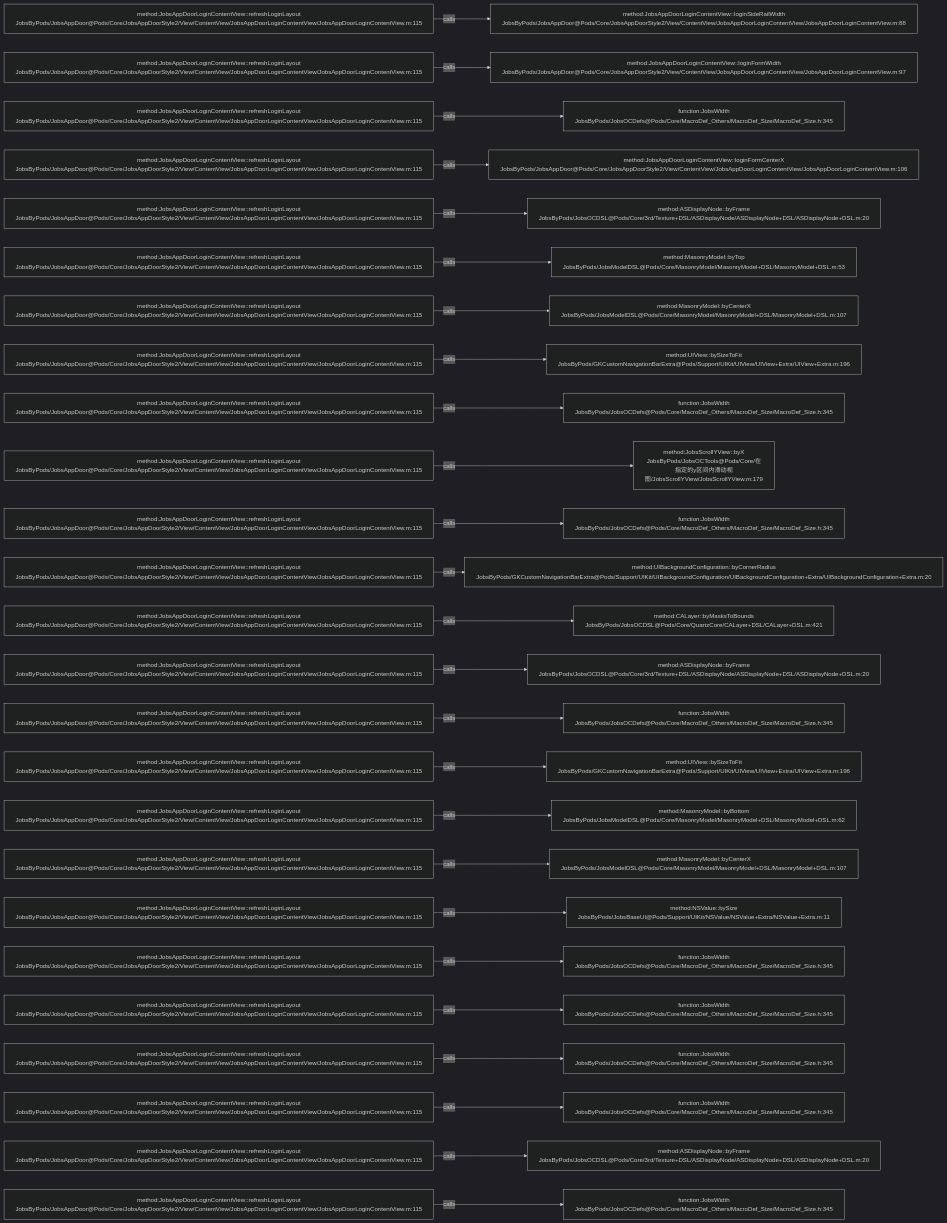
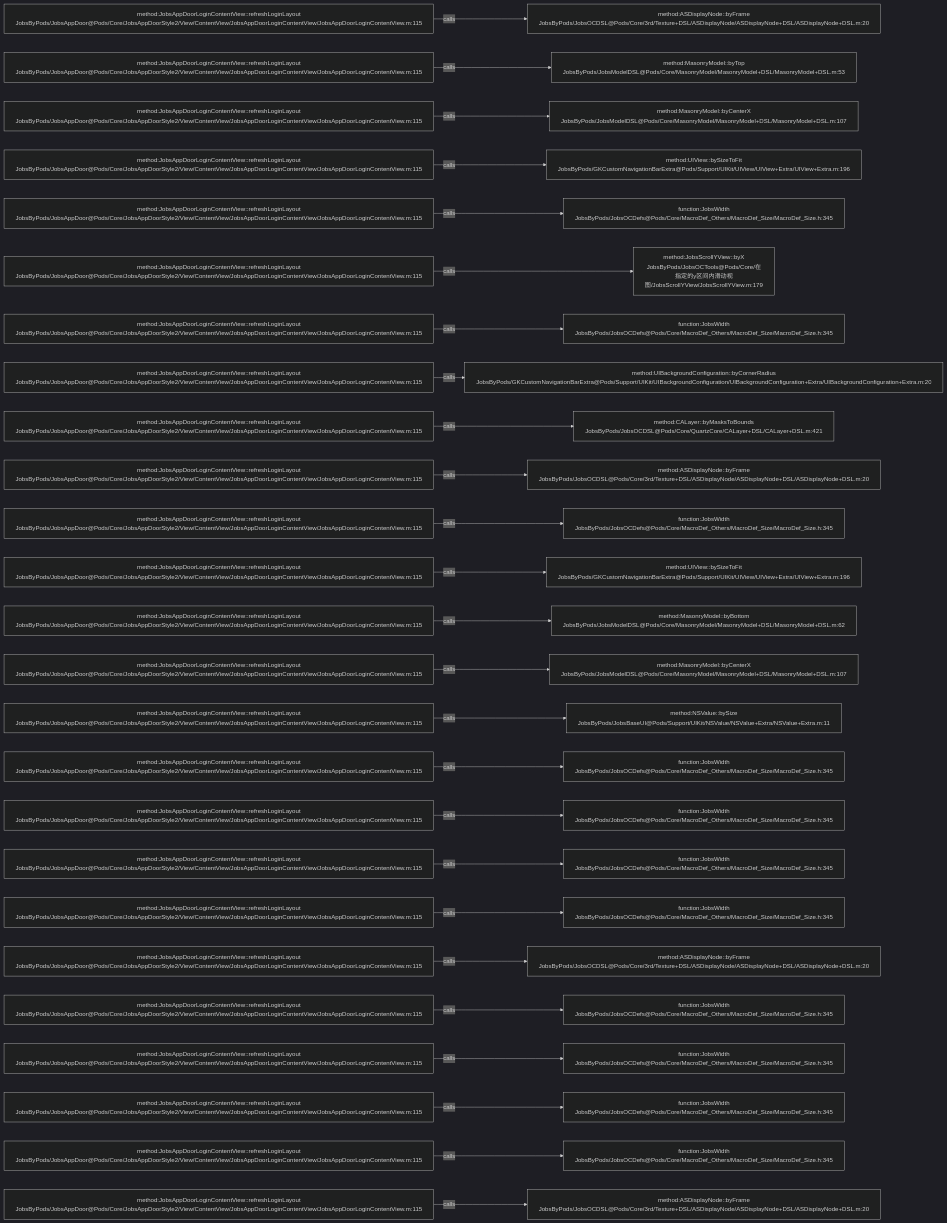
Before and after one commit to JobsKits/JobsOCBaseConfigDemo: the diagram in .codegraph/codegraph.md/graphs/calls-118.md, drawn with Mermaid (dark theme). The commit also changed 116 other files, not shown here.

````diff
--- a/.codegraph/codegraph.md/graphs/calls-118.md
+++ b/.codegraph/codegraph.md/graphs/calls-118.md
@@ -13,78 +13,78 @@
 ```mermaid
 flowchart LR
   S1["method:JobsAppDoorLoginContentView::refreshLoginLayout<br/>JobsByPods/JobsAppDoor@Pods/Core/JobsAppDoorStyle2/View/ContentView/JobsAppDoorLoginContentView/JobsAppDoorLoginContentView.m:115"]
-  T1["method:JobsAppDoorLoginContentView::loginSideRailWidth<br/>JobsByPods/JobsAppDoor@Pods/Core/JobsAppDoorStyle2/View/ContentView/JobsAppDoorLoginContentView/JobsAppDoorLoginContentView.m:88"]
+  T1["method:ASDisplayNode::byFrame<br/>JobsByPods/JobsOCDSL@Pods/Core/3rd/Texture+DSL/ASDisplayNode/ASDisplayNode+DSL/ASDisplayNode+DSL.m:20"]
   S1 -->|calls| T1
   S2["method:JobsAppDoorLoginContentView::refreshLoginLayout<br/>JobsByPods/JobsAppDoor@Pods/Core/JobsAppDoorStyle2/View/ContentView/JobsAppDoorLoginContentView/JobsAppDoorLoginContentView.m:115"]
-  T2["method:JobsAppDoorLoginContentView::loginFormWidth<br/>JobsByPods/JobsAppDoor@Pods/Core/JobsAppDoorStyle2/View/ContentView/JobsAppDoorLoginContentView/JobsAppDoorLoginContentView.m:97"]
+  T2["method:MasonryModel::byTop<br/>JobsByPods/JobsModelDSL@Pods/Core/MasonryModel/MasonryModel+DSL/MasonryModel+DSL.m:53"]
   S2 -->|calls| T2
   S3["method:JobsAppDoorLoginContentView::refreshLoginLayout<br/>JobsByPods/JobsAppDoor@Pods/Core/JobsAppDoorStyle2/View/ContentView/JobsAppDoorLoginContentView/JobsAppDoorLoginContentView.m:115"]
-  T3["function:JobsWidth<br/>JobsByPods/JobsOCDefs@Pods/Core/MacroDef_Others/MacroDef_Size/MacroDef_Size.h:345"]
+  T3["method:MasonryModel::byCenterX<br/>JobsByPods/JobsModelDSL@Pods/Core/MasonryModel/MasonryModel+DSL/MasonryModel+DSL.m:107"]
   S3 -->|calls| T3
   S4["method:JobsAppDoorLoginContentView::refreshLoginLayout<br/>JobsByPods/JobsAppDoor@Pods/Core/JobsAppDoorStyle2/View/ContentView/JobsAppDoorLoginContentView/JobsAppDoorLoginContentView.m:115"]
-  T4["method:JobsAppDoorLoginContentView::loginFormCenterX<br/>JobsByPods/JobsAppDoor@Pods/Core/JobsAppDoorStyle2/View/ContentView/JobsAppDoorLoginContentView/JobsAppDoorLoginContentView.m:106"]
+  T4["method:UIView::bySizeToFit<br/>JobsByPods/GKCustomNavigationBarExtra@Pods/Support/UIKit/UIView/UIView+Extra/UIView+Extra.m:196"]
   S4 -->|calls| T4
   S5["method:JobsAppDoorLoginContentView::refreshLoginLayout<br/>JobsByPods/JobsAppDoor@Pods/Core/JobsAppDoorStyle2/View/ContentView/JobsAppDoorLoginContentView/JobsAppDoorLoginContentView.m:115"]
-  T5["method:ASDisplayNode::byFrame<br/>JobsByPods/JobsOCDSL@Pods/Core/3rd/Texture+DSL/ASDisplayNode/ASDisplayNode+DSL/ASDisplayNode+DSL.m:20"]
+  T5["function:JobsWidth<br/>JobsByPods/JobsOCDefs@Pods/Core/MacroDef_Others/MacroDef_Size/MacroDef_Size.h:345"]
   S5 -->|calls| T5
   S6["method:JobsAppDoorLoginContentView::refreshLoginLayout<br/>JobsByPods/JobsAppDoor@Pods/Core/JobsAppDoorStyle2/View/ContentView/JobsAppDoorLoginContentView/JobsAppDoorLoginContentView.m:115"]
-  T6["method:MasonryModel::byTop<br/>JobsByPods/JobsModelDSL@Pods/Core/MasonryModel/MasonryModel+DSL/MasonryModel+DSL.m:53"]
+  T6["method:JobsScrollYView::byX<br/>JobsByPods/JobsOCTools@Pods/Core/在指定的y区间内滑动视图/JobsScrollYView/JobsScrollYView.m:179"]
   S6 -->|calls| T6
   S7["method:JobsAppDoorLoginContentView::refreshLoginLayout<br/>JobsByPods/JobsAppDoor@Pods/Core/JobsAppDoorStyle2/View/ContentView/JobsAppDoorLoginContentView/JobsAppDoorLoginContentView.m:115"]
-  T7["method:MasonryModel::byCenterX<br/>JobsByPods/JobsModelDSL@Pods/Core/MasonryModel/MasonryModel+DSL/MasonryModel+DSL.m:107"]
+  T7["function:JobsWidth<br/>JobsByPods/JobsOCDefs@Pods/Core/MacroDef_Others/MacroDef_Size/MacroDef_Size.h:345"]
   S7 -->|calls| T7
   S8["method:JobsAppDoorLoginContentView::refreshLoginLayout<br/>JobsByPods/JobsAppDoor@Pods/Core/JobsAppDoorStyle2/View/ContentView/JobsAppDoorLoginContentView/JobsAppDoorLoginContentView.m:115"]
-  T8["method:UIView::bySizeToFit<br/>JobsByPods/GKCustomNavigationBarExtra@Pods/Support/UIKit/UIView/UIView+Extra/UIView+Extra.m:196"]
+  T8["method:UIBackgroundConfiguration::byCornerRadius<br/>JobsByPods/GKCustomNavigationBarExtra@Pods/Support/UIKit/UIBackgroundConfiguration/UIBackgroundConfiguration+Extra/UIBackgroundConfiguration+Extra.m:20"]
   S8 -->|calls| T8
   S9["method:JobsAppDoorLoginContentView::refreshLoginLayout<br/>JobsByPods/JobsAppDoor@Pods/Core/JobsAppDoorStyle2/View/ContentView/JobsAppDoorLoginContentView/JobsAppDoorLoginContentView.m:115"]
-  T9["function:JobsWidth<br/>JobsByPods/JobsOCDefs@Pods/Core/MacroDef_Others/MacroDef_Size/MacroDef_Size.h:345"]
+  T9["method:CALayer::byMasksToBounds<br/>JobsByPods/JobsOCDSL@Pods/Core/QuartzCore/CALayer+DSL/CALayer+DSL.m:421"]
   S9 -->|calls| T9
   S10["method:JobsAppDoorLoginContentView::refreshLoginLayout<br/>JobsByPods/JobsAppDoor@Pods/Core/JobsAppDoorStyle2/View/ContentView/JobsAppDoorLoginContentView/JobsAppDoorLoginContentView.m:115"]
-  T10["method:JobsScrollYView::byX<br/>JobsByPods/JobsOCTools@Pods/Core/在指定的y区间内滑动视图/JobsScrollYView/JobsScrollYView.m:179"]
+  T10["method:ASDisplayNode::byFrame<br/>JobsByPods/JobsOCDSL@Pods/Core/3rd/Texture+DSL/ASDisplayNode/ASDisplayNode+DSL/ASDisplayNode+DSL.m:20"]
   S10 -->|calls| T10
   S11["method:JobsAppDoorLoginContentView::refreshLoginLayout<br/>JobsByPods/JobsAppDoor@Pods/Core/JobsAppDoorStyle2/View/ContentView/JobsAppDoorLoginContentView/JobsAppDoorLoginContentView.m:115"]
   T11["function:JobsWidth<br/>JobsByPods/JobsOCDefs@Pods/Core/MacroDef_Others/MacroDef_Size/MacroDef_Size.h:345"]
   S11 -->|calls| T11
   S12["method:JobsAppDoorLoginContentView::refreshLoginLayout<br/>JobsByPods/JobsAppDoor@Pods/Core/JobsAppDoorStyle2/View/ContentView/JobsAppDoorLoginContentView/JobsAppDoorLoginContentView.m:115"]
-  T12["method:UIBackgroundConfiguration::byCornerRadius<br/>JobsByPods/GKCustomNavigationBarExtra@Pods/Support/UIKit/UIBackgroundConfiguration/UIBackgroundConfiguration+Extra/UIBackgroundConfiguration+Extra.m:20"]
+  T12["method:UIView::bySizeToFit<br/>JobsByPods/GKCustomNavigationBarExtra@Pods/Support/UIKit/UIView/UIView+Extra/UIView+Extra.m:196"]
   S12 -->|calls| T12
   S13["method:JobsAppDoorLoginContentView::refreshLoginLayout<br/>JobsByPods/JobsAppDoor@Pods/Core/JobsAppDoorStyle2/View/ContentView/JobsAppDoorLoginContentView/JobsAppDoorLoginContentView.m:115"]
-  T13["method:CALayer::byMasksToBounds<br/>JobsByPods/JobsOCDSL@Pods/Core/QuartzCore/CALayer+DSL/CALayer+DSL.m:421"]
+  T13["method:MasonryModel::byBottom<br/>JobsByPods/JobsModelDSL@Pods/Core/MasonryModel/MasonryModel+DSL/MasonryModel+DSL.m:62"]
   S13 -->|calls| T13
   S14["method:JobsAppDoorLoginContentView::refreshLoginLayout<br/>JobsByPods/JobsAppDoor@Pods/Core/JobsAppDoorStyle2/View/ContentView/JobsAppDoorLoginContentView/JobsAppDoorLoginContentView.m:115"]
-  T14["method:ASDisplayNode::byFrame<br/>JobsByPods/JobsOCDSL@Pods/Core/3rd/Texture+DSL/ASDisplayNode/ASDisplayNode+DSL/ASDisplayNode+DSL.m:20"]
+  T14["method:MasonryModel::byCenterX<br/>JobsByPods/JobsModelDSL@Pods/Core/MasonryModel/MasonryModel+DSL/MasonryModel+DSL.m:107"]
   S14 -->|calls| T14
   S15["method:JobsAppDoorLoginContentView::refreshLoginLayout<br/>JobsByPods/JobsAppDoor@Pods/Core/JobsAppDoorStyle2/View/ContentView/JobsAppDoorLoginContentView/JobsAppDoorLoginContentView.m:115"]
-  T15["function:JobsWidth<br/>JobsByPods/JobsOCDefs@Pods/Core/MacroDef_Others/MacroDef_Size/MacroDef_Size.h:345"]
+  T15["method:NSValue::bySize<br/>JobsByPods/JobsBaseUI@Pods/Support/UIKit/NSValue/NSValue+Extra/NSValue+Extra.m:11"]
   S15 -->|calls| T15
   S16["method:JobsAppDoorLoginContentView::refreshLoginLayout<br/>JobsByPods/JobsAppDoor@Pods/Core/JobsAppDoorStyle2/View/ContentView/JobsAppDoorLoginContentView/JobsAppDoorLoginContentView.m:115"]
-  T16["method:UIView::bySizeToFit<br/>JobsByPods/GKCustomNavigationBarExtra@Pods/Support/UIKit/UIView/UIView+Extra/UIView+Extra.m:196"]
+  T16["function:JobsWidth<br/>JobsByPods/JobsOCDefs@Pods/Core/MacroDef_Others/MacroDef_Size/MacroDef_Size.h:345"]
   S16 -->|calls| T16
   S17["method:JobsAppDoorLoginContentView::refreshLoginLayout<br/>JobsByPods/JobsAppDoor@Pods/Core/JobsAppDoorStyle2/View/ContentView/JobsAppDoorLoginContentView/JobsAppDoorLoginContentView.m:115"]
-  T17["method:MasonryModel::byBottom<br/>JobsByPods/JobsModelDSL@Pods/Core/MasonryModel/MasonryModel+DSL/MasonryModel+DSL.m:62"]
+  T17["function:JobsWidth<br/>JobsByPods/JobsOCDefs@Pods/Core/MacroDef_Others/MacroDef_Size/MacroDef_Size.h:345"]
   S17 -->|calls| T17
   S18["method:JobsAppDoorLoginContentView::refreshLoginLayout<br/>JobsByPods/JobsAppDoor@Pods/Core/JobsAppDoorStyle2/View/ContentView/JobsAppDoorLoginContentView/JobsAppDoorLoginContentView.m:115"]
-  T18["method:MasonryModel::byCenterX<br/>JobsByPods/JobsModelDSL@Pods/Core/MasonryModel/MasonryModel+DSL/MasonryModel+DSL.m:107"]
+  T18["function:JobsWidth<br/>JobsByPods/JobsOCDefs@Pods/Core/MacroDef_Others/MacroDef_Size/MacroDef_Size.h:345"]
   S18 -->|calls| T18
   S19["method:JobsAppDoorLoginContentView::refreshLoginLayout<br/>JobsByPods/JobsAppDoor@Pods/Core/JobsAppDoorStyle2/View/ContentView/JobsAppDoorLoginContentView/JobsAppDoorLoginContentView.m:115"]
-  T19["method:NSValue::bySize<br/>JobsByPods/JobsBaseUI@Pods/Support/UIKit/NSValue/NSValue+Extra/NSValue+Extra.m:11"]
+  T19["function:JobsWidth<br/>JobsByPods/JobsOCDefs@Pods/Core/MacroDef_Others/MacroDef_Size/MacroDef_Size.h:345"]
   S19 -->|calls| T19
   S20["method:JobsAppDoorLoginContentView::refreshLoginLayout<br/>JobsByPods/JobsAppDoor@Pods/Core/JobsAppDoorStyle2/View/ContentView/JobsAppDoorLoginContentView/JobsAppDoorLoginContentView.m:115"]
-  T20["function:JobsWidth<br/>JobsByPods/JobsOCDefs@Pods/Core/MacroDef_Others/MacroDef_Size/MacroDef_Size.h:345"]
+  T20["method:ASDisplayNode::byFrame<br/>JobsByPods/JobsOCDSL@Pods/Core/3rd/Texture+DSL/ASDisplayNode/ASDisplayNode+DSL/ASDisplayNode+DSL.m:20"]
   S20 -->|calls| T20
   S21["method:JobsAppDoorLoginContentView::refreshLoginLayout<br/>JobsByPods/JobsAppDoor@Pods/Core/JobsAppDoorStyle2/View/ContentView/JobsAppDoorLoginContentView/JobsAppDoorLoginContentView.m:115"]
   T21["function:JobsWidth<br/>JobsByPods/JobsOCDefs@Pods/Core/MacroDef_Others/MacroDef_Size/MacroDef_Size.h:345"]
   S21 -->|calls| T21
   S22["method:JobsAppDoorLoginContentView::refreshLoginLayout<br/>JobsByPods/JobsAppDoor@Pods/Core/JobsAppDoorStyle2/View/ContentView/JobsAppDoorLoginContentView/JobsAppDoorLoginContentView.m:115"]
   T22["function:JobsWidth<br/>JobsByPods/JobsOCDefs@Pods/Core/MacroDef_Others/MacroDef_Size/MacroDef_Size.h:345"]
   S22 -->|calls| T22
   S23["method:JobsAppDoorLoginContentView::refreshLoginLayout<br/>JobsByPods/JobsAppDoor@Pods/Core/JobsAppDoorStyle2/View/ContentView/JobsAppDoorLoginContentView/JobsAppDoorLoginContentView.m:115"]
   T23["function:JobsWidth<br/>JobsByPods/JobsOCDefs@Pods/Core/MacroDef_Others/MacroDef_Size/MacroDef_Size.h:345"]
   S23 -->|calls| T23
   S24["method:JobsAppDoorLoginContentView::refreshLoginLayout<br/>JobsByPods/JobsAppDoor@Pods/Core/JobsAppDoorStyle2/View/ContentView/JobsAppDoorLoginContentView/JobsAppDoorLoginContentView.m:115"]
-  T24["method:ASDisplayNode::byFrame<br/>JobsByPods/JobsOCDSL@Pods/Core/3rd/Texture+DSL/ASDisplayNode/ASDisplayNode+DSL/ASDisplayNode+DSL.m:20"]
+  T24["function:JobsWidth<br/>JobsByPods/JobsOCDefs@Pods/Core/MacroDef_Others/MacroDef_Size/MacroDef_Size.h:345"]
   S24 -->|calls| T24
   S25["method:JobsAppDoorLoginContentView::refreshLoginLayout<br/>JobsByPods/JobsAppDoor@Pods/Core/JobsAppDoorStyle2/View/ContentView/JobsAppDoorLoginContentView/JobsAppDoorLoginContentView.m:115"]
-  T25["function:JobsWidth<br/>JobsByPods/JobsOCDefs@Pods/Core/MacroDef_Others/MacroDef_Size/MacroDef_Size.h:345"]
+  T25["method:ASDisplayNode::byFrame<br/>JobsByPods/JobsOCDSL@Pods/Core/3rd/Texture+DSL/ASDisplayNode/ASDisplayNode+DSL/ASDisplayNode+DSL.m:20"]
   S25 -->|calls| T25
 ```
````
